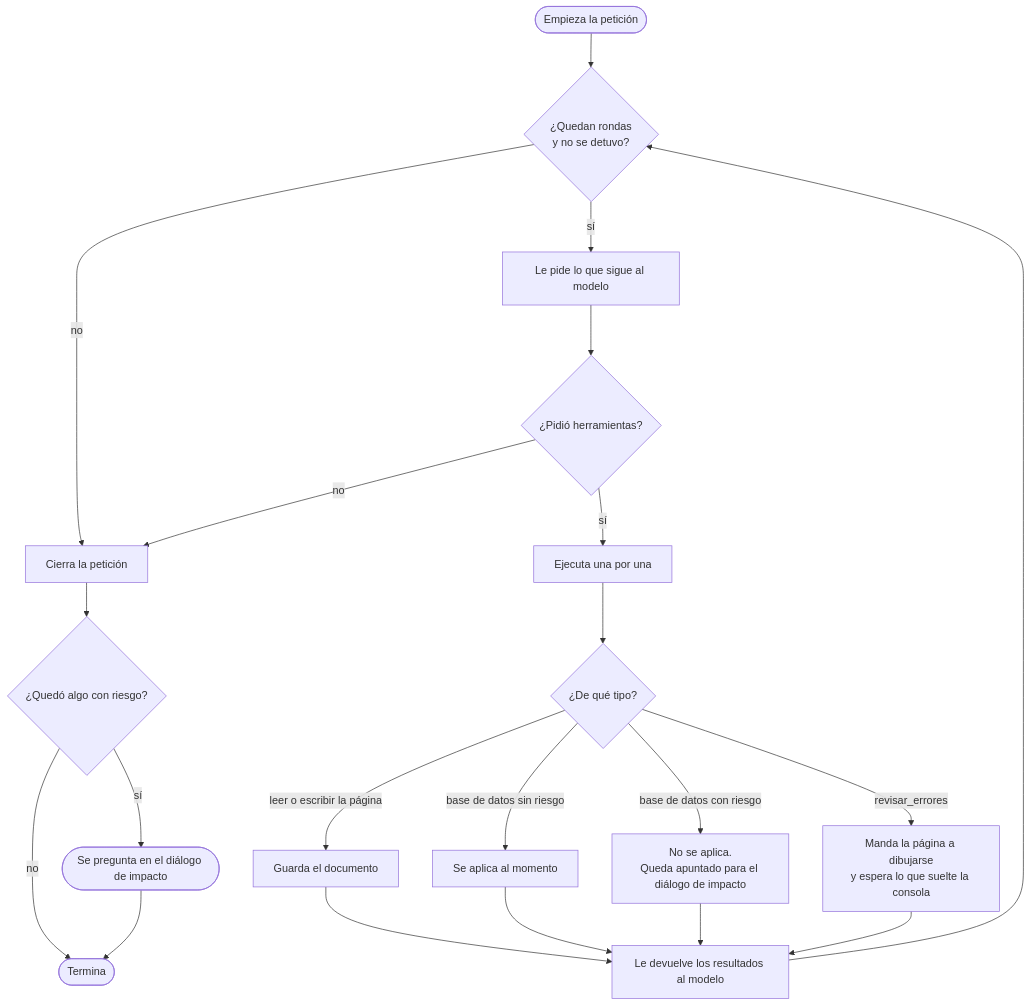
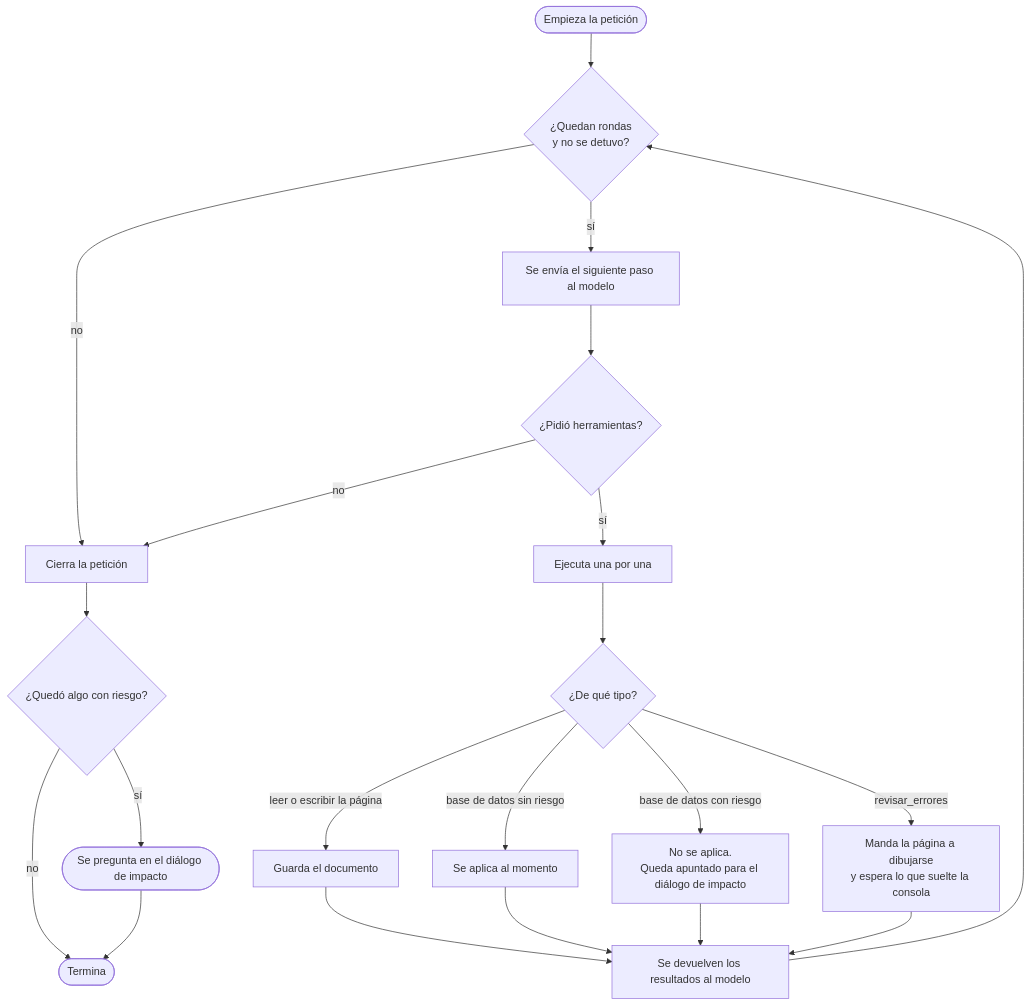
The third of 4 diagrams in docs/CHAT.md (wfpaisa/planer), drawn with Mermaid before and after one commit. The commit also changed other lines of this file and 22 other files, not shown here.

````diff
--- a/docs/CHAT.md
+++ b/docs/CHAT.md
@@ -91,26 +91,26 @@
 ```mermaid
 flowchart TB
   inicio(["Empieza la petición"]) --> ronda{"¿Quedan rondas<br/>y no se detuvo?"}
   ronda -->|no| cierre["Cierra la petición"]
-  ronda -->|sí| pide["Le pide lo que sigue al modelo"]
+  ronda -->|sí| pide["Se envía el siguiente paso al modelo"]
   pide --> llamo{"¿Pidió herramientas?"}
   llamo -->|no| cierre
   llamo -->|sí| corre["Ejecuta una por una"]
 
   corre --> tipo{"¿De qué tipo?"}
   tipo -->|"leer o escribir la página"| esc["Guarda el documento"]
   tipo -->|"base de datos sin riesgo"| apl["Se aplica al momento"]
   tipo -->|"base de datos con riesgo"| ret["No se aplica.<br/>Queda apuntado para el diálogo de impacto"]
   tipo -->|"revisar_errores"| rev["Manda la página a dibujarse<br/>y espera lo que suelte la consola"]
 
-  esc --> vuelta["Le devuelve los resultados al modelo"]
+  esc --> vuelta["Se devuelven los resultados al modelo"]
   apl --> vuelta
   ret --> vuelta
   rev --> vuelta
   vuelta --> ronda
 
   cierre --> imp{"¿Quedó algo con riesgo?"}
   imp -->|sí| dialogo(["Se pregunta en el diálogo de impacto"])
   imp -->|no| fin(["Termina"])
   dialogo --> fin
 ```
````
